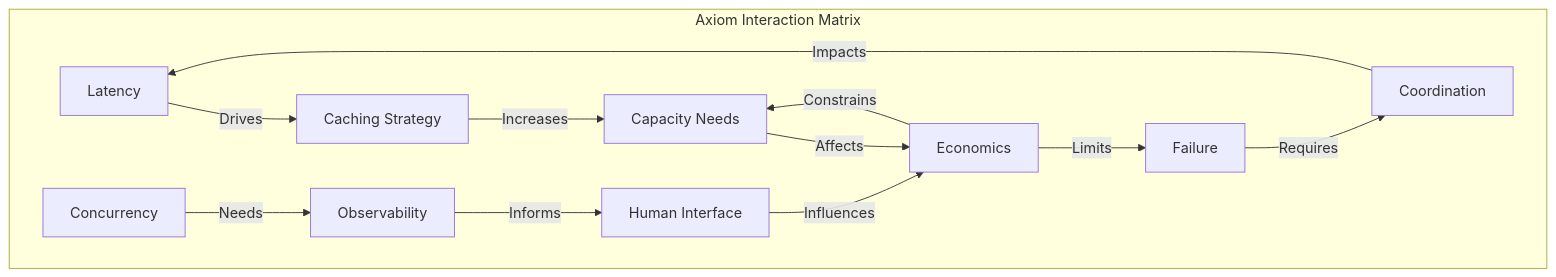
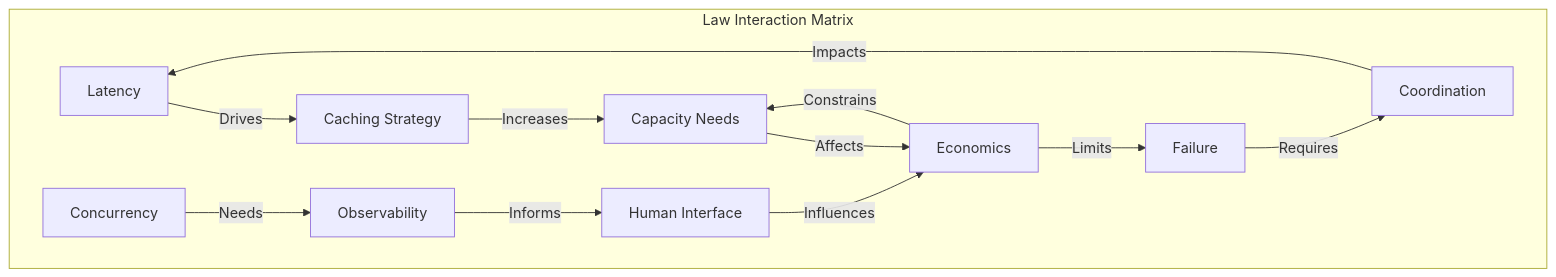
Diagram 12 of 27 in docs/case-studies/proximity-service.md (deepaucksharma/DStudio), drawn with Mermaid before and after one commit. The commit also changed other lines of this file and 470 other files, not shown here.

````diff
--- a/docs/case-studies/proximity-service.md
+++ b/docs/case-studies/proximity-service.md
@@ -414,18 +414,18 @@
 ```mermaid
 graph TB
-    subgraph "Axiom Interaction Matrix"
+    subgraph "Law Interaction Matrix"
         L[Latency] -->|Drives| C[Caching Strategy]
         C -->|Increases| CAP[Capacity Needs]
         CAP -->|Affects| E[Economics]
         
         F[Failure] -->|Requires| COORD[Coordination]
         COORD -->|Impacts| L
         
         CONC[Concurrency] -->|Needs| O[Observability]
         O -->|Informs| H[Human Interface]
         H -->|Influences| E
         
         E -->|Constrains| CAP
         E -->|Limits| F
     end
 ```
````
